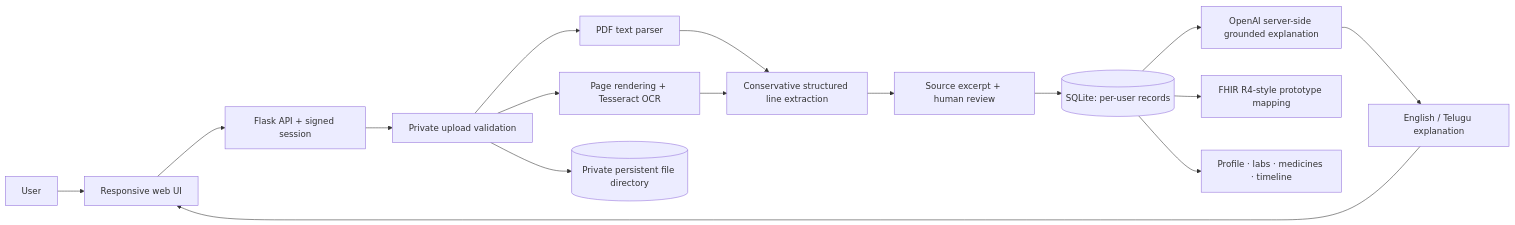
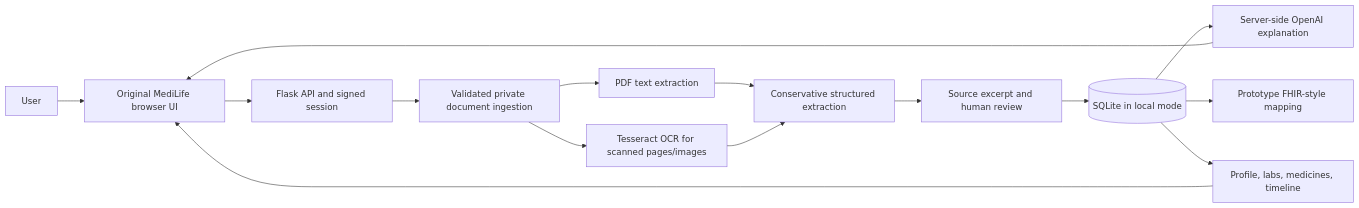
The diagram in README.md (gorantlamaneesha543/medilife-health-copilot), drawn with Mermaid before and after one commit. The commit also changed other lines of this file and 6 other files, not shown here.

````diff
--- a/README.md
+++ b/README.md
@@ -27,18 +26,17 @@
 ```mermaid
 flowchart LR
-  U[User] --> W[Responsive web UI]
-  W --> A[Flask API + signed session]
-  A --> O[Private upload validation]
-  O --> P[PDF text parser]
-  O --> T[Page rendering + Tesseract OCR]
-  P --> X[Conservative structured line extraction]
-  T --> X
-  X --> V[Source excerpt + human review]
-  V --> D[(SQLite: per-user records)]
-  O --> F[(Private persistent file directory)]
-  D --> S[OpenAI server-side grounded explanation]
-  D --> R[FHIR R4-style prototype mapping]
-  D --> H[Profile · labs · medicines · timeline]
-  S --> L[English / Telugu explanation]
-  L --> W
+  U[User] --> UI[Original MediLife browser UI]
+  UI --> API[Flask API and signed session]
+  API --> ING[Validated private document ingestion]
+  ING --> PDF[PDF text extraction]
+  ING --> OCR[Tesseract OCR for scanned pages/images]
+  PDF --> X[Conservative structured extraction]
+  OCR --> X
+  X --> R[Source excerpt and human review]
+  R --> DB[(SQLite in local mode)]
+  DB --> AI[Server-side OpenAI explanation]
+  DB --> FHIR[Prototype FHIR-style mapping]
+  DB --> V[Profile, labs, medicines, timeline]
+  AI --> UI
+  V --> UI
 ```
````
